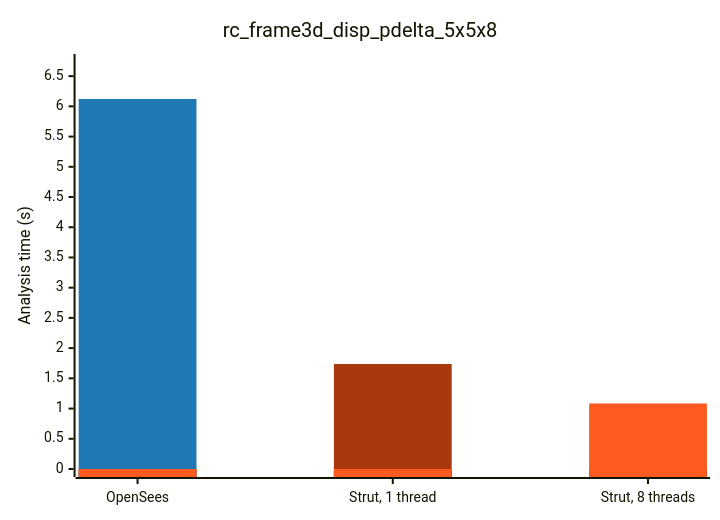
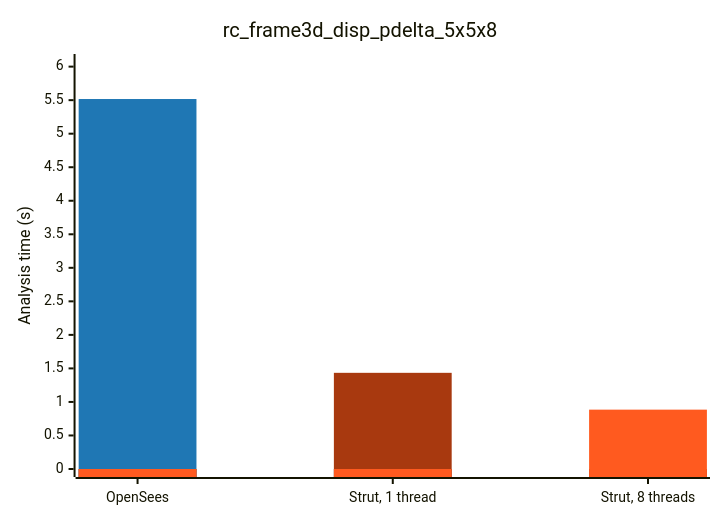
Before and after one commit to NathanaelRea/Strut: the third of 9 diagrams in docs/benchmark-opensees-examples.md, drawn with Mermaid. The commit also changed other lines of this file and 23 other files, not shown here.

````diff
--- a/docs/benchmark-opensees-examples.md
+++ b/docs/benchmark-opensees-examples.md
@@ -70,15 +68,15 @@
 ```mermaid
 ---
 config:
   themeVariables:
     xyChart:
       plotColorPalette: '#1f77b4, #a8390f, #FF5A1F'
 ---
 xychart-beta
     title "rc_frame3d_disp_pdelta_5x5x8"
     x-axis ["OpenSees", "Strut, 1 thread", "Strut, 8 threads"]
-    y-axis "Analysis time (s)" 0 --> 6.734
-    bar "OS" [6.122, 0.0, 0.0]
-    bar "STR1" [0.0, 1.737, 0.0]
-    bar "STR" [0.0, 0.0, 1.084]
+    y-axis "Analysis time (s)" 0 --> 6.069
+    bar "OS" [5.517, 0.0, 0.0]
+    bar "STR1" [0.0, 1.434, 0.0]
+    bar "STR" [0.0, 0.0, 0.885]
 ```
````
